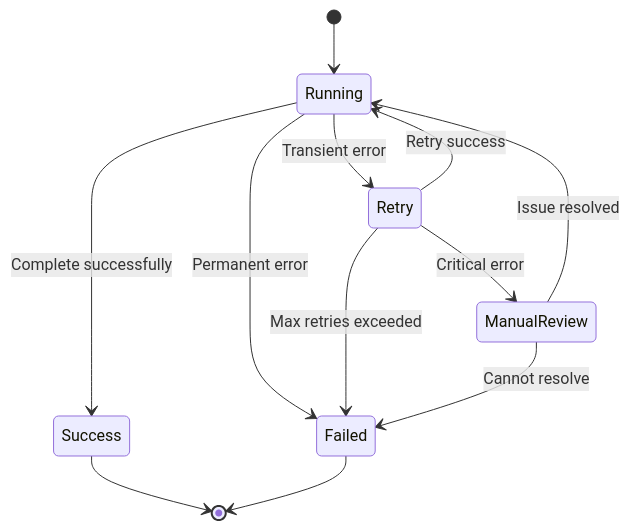
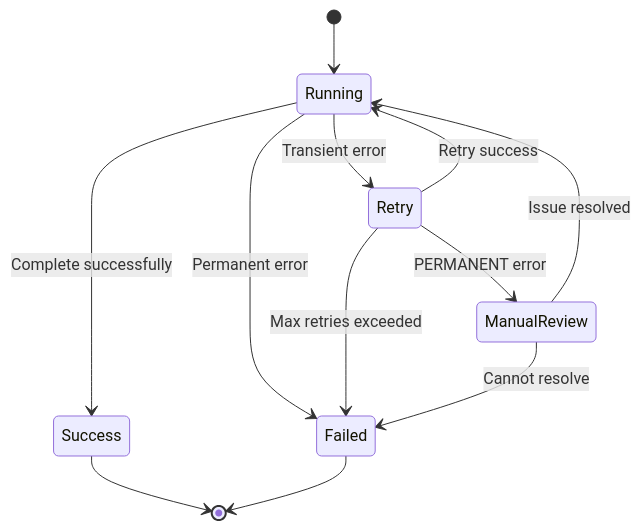
The second of 2 diagrams in specs/SPEC_05_WORKFLOWS_AND_TEAMS.md (CENFARG/yaml-agno), drawn with Mermaid before and after one commit. The commit also changed other lines of this file and 11 other files, not shown here.

First line of the commit message:
spec(Wave6): hygiene - mermaid labels, docstrings, RESOLVED markers, real model id, telemetry note

````diff
--- a/specs/SPEC_05_WORKFLOWS_AND_TEAMS.md
+++ b/specs/SPEC_05_WORKFLOWS_AND_TEAMS.md
@@ -335,17 +336,17 @@
 ```mermaid
 stateDiagram-v2
     [*] --> Running
     Running --> Success: Complete successfully
     Running --> Retry: Transient error
     Running --> Failed: Permanent error
 
     Retry --> Running: Retry success
     Retry --> Failed: Max retries exceeded
-    Retry --> ManualReview: Critical error
+    Retry --> ManualReview: PERMANENT error
 
     ManualReview --> Running: Issue resolved
     ManualReview --> Failed: Cannot resolve
 
     Success --> [*]
     Failed --> [*]
 ```
````
